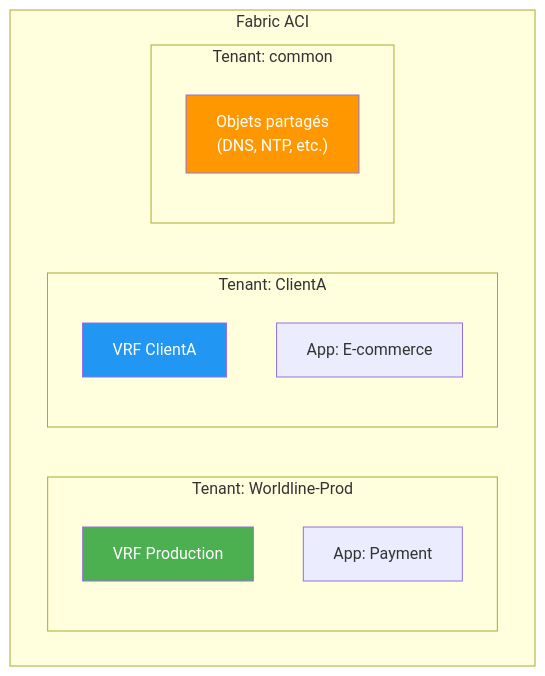
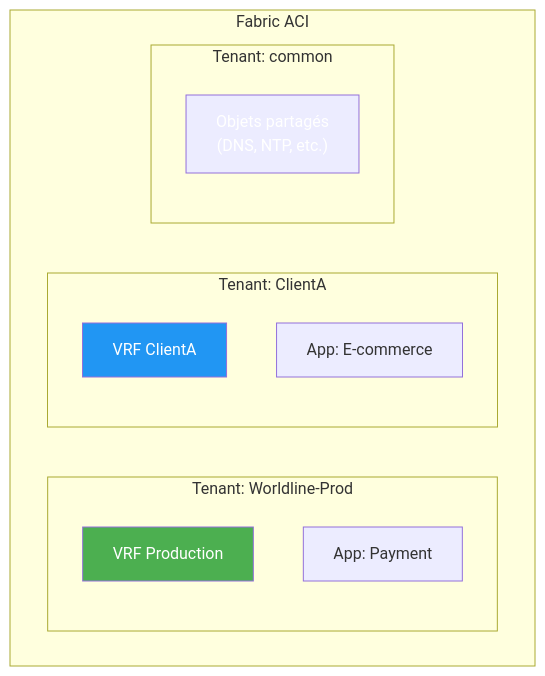
Before and after one commit to VBlackJack/ShellBook: the third of 11 diagrams in docs/formations/terraform-aci/03-module.md, drawn with Mermaid. The commit also changed other lines of this file and 337 other files, not shown here.

First line of the commit message:
refactor(docs): Standardize code blocks and Mermaid colors

````diff
--- a/docs/formations/terraform-aci/03-module.md
+++ b/docs/formations/terraform-aci/03-module.md
@@ -101,22 +101,22 @@
 ```mermaid
 graph TB
     subgraph "Fabric ACI"
         subgraph "Tenant: Worldline-Prod"
             VRF_WL["VRF Production"]
             APP_WL["App: Payment"]
         end
 
         subgraph "Tenant: ClientA"
             VRF_A["VRF ClientA"]
             APP_A["App: E-commerce"]
         end
 
         subgraph "Tenant: common"
             SHARED["Objets partagés<br/>(DNS, NTP, etc.)"]
         end
     end
 
     style VRF_WL fill:#4caf50,color:#fff
     style VRF_A fill:#2196f3,color:#fff
-    style SHARED fill:#ff9800,color:#fff
+    style SHARED fill:#FF9800800800,color:#fff
 ```
````
